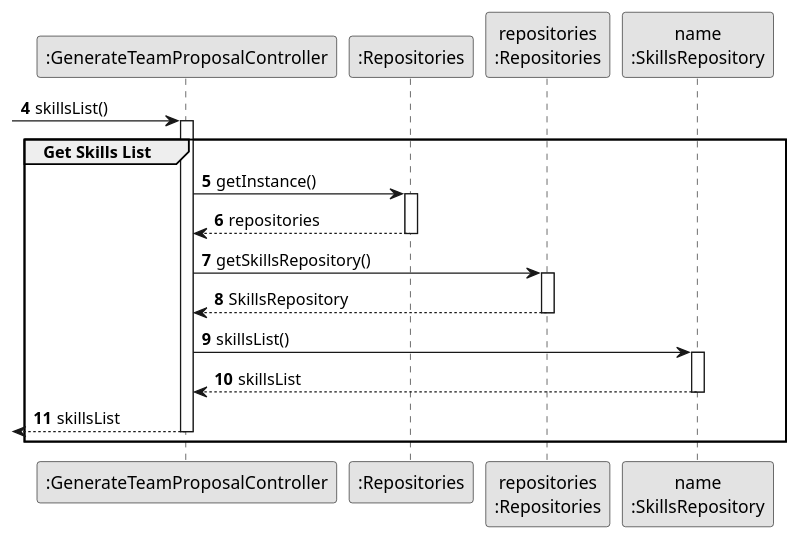
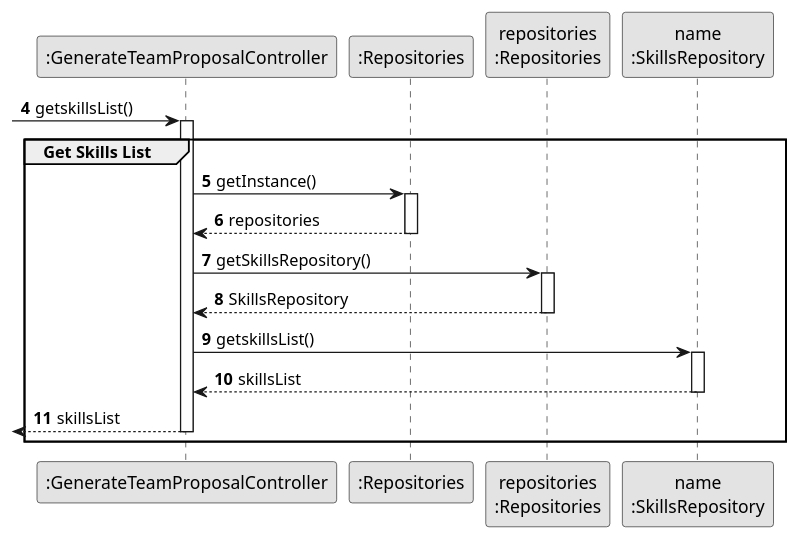
One commit to 1231360-ISEP/lei-24-s2-1db-g021 changed the diagram in docs/sprint2/us005/03.design/puml/us005-sequence-diagram-partial-skills-list.puml. Above: the diagram before and after it, drawn with PlantUML. The commit also changed 3 other files, not shown here.

Commit message:
Update US05 - Sequence Diagram split and partial skills list and SVG´s

```diff
--- a/docs/sprint2/us005/03.design/puml/us005-sequence-diagram-partial-skills-list.puml
+++ b/docs/sprint2/us005/03.design/puml/us005-sequence-diagram-partial-skills-list.puml
@@ -1,43 +1,43 @@
 @startuml
 skinparam monochrome true
 skinparam packageStyle rectangle
 skinparam shadowing false
 
 autonumber
 
 participant ":GenerateTeamProposalController" as CTRL
 participant ":Repositories" as RepositorySingleton
 participant "repositories\n:Repositories" as PLAT
 participant "name\n:SkillsRepository" as SkillsRepository
 
 autonumber 4
--> CTRL : skillsList()
+-> CTRL : getskillsList()
 
 activate CTRL
 
 group Get Skills List
 
     CTRL -> RepositorySingleton : getInstance()
 activate RepositorySingleton
 
 RepositorySingleton --> CTRL: repositories
 deactivate RepositorySingleton
 
     CTRL -> PLAT : getSkillsRepository()
 activate PLAT
 
 PLAT --> CTRL: SkillsRepository
 deactivate PLAT
 
-    CTRL -> SkillsRepository : skillsList()
+    CTRL -> SkillsRepository : getskillsList()
 activate SkillsRepository
 
 SkillsRepository --> CTRL : skillsList
 deactivate SkillsRepository
 
 <-- CTRL : skillsList
 deactivate CTRL
 
 end
 
 @enduml
```
